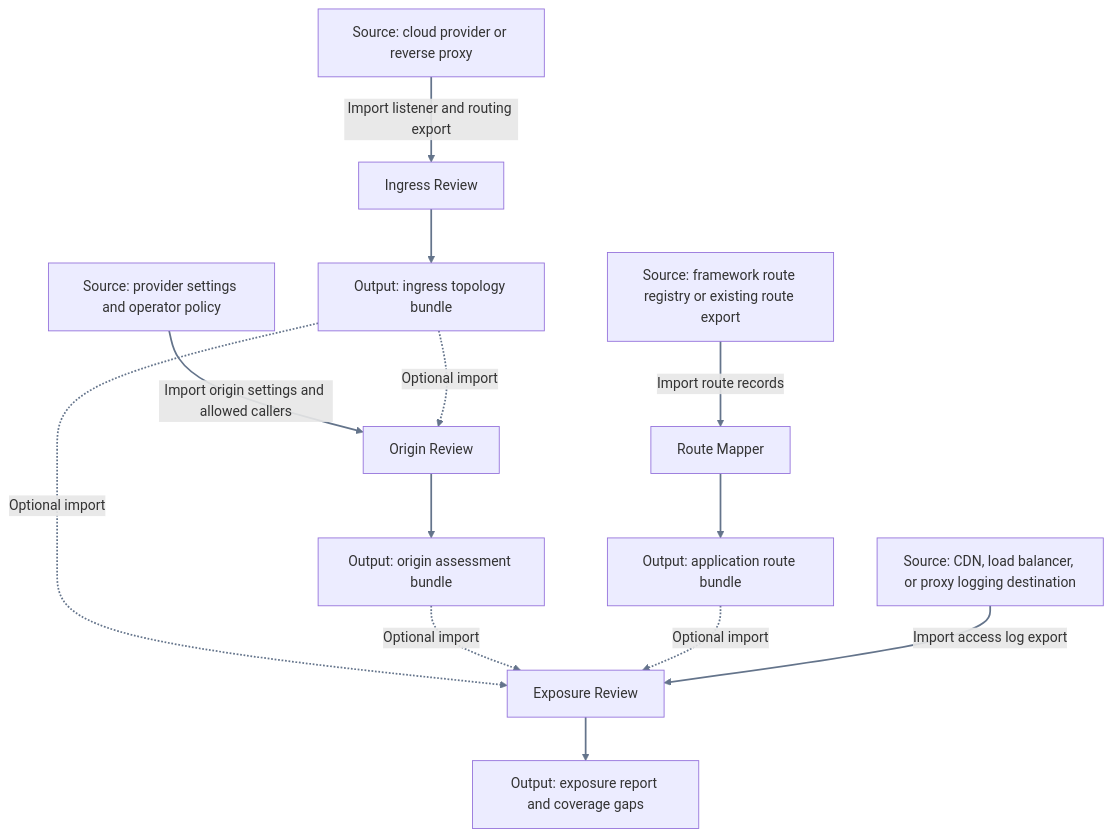
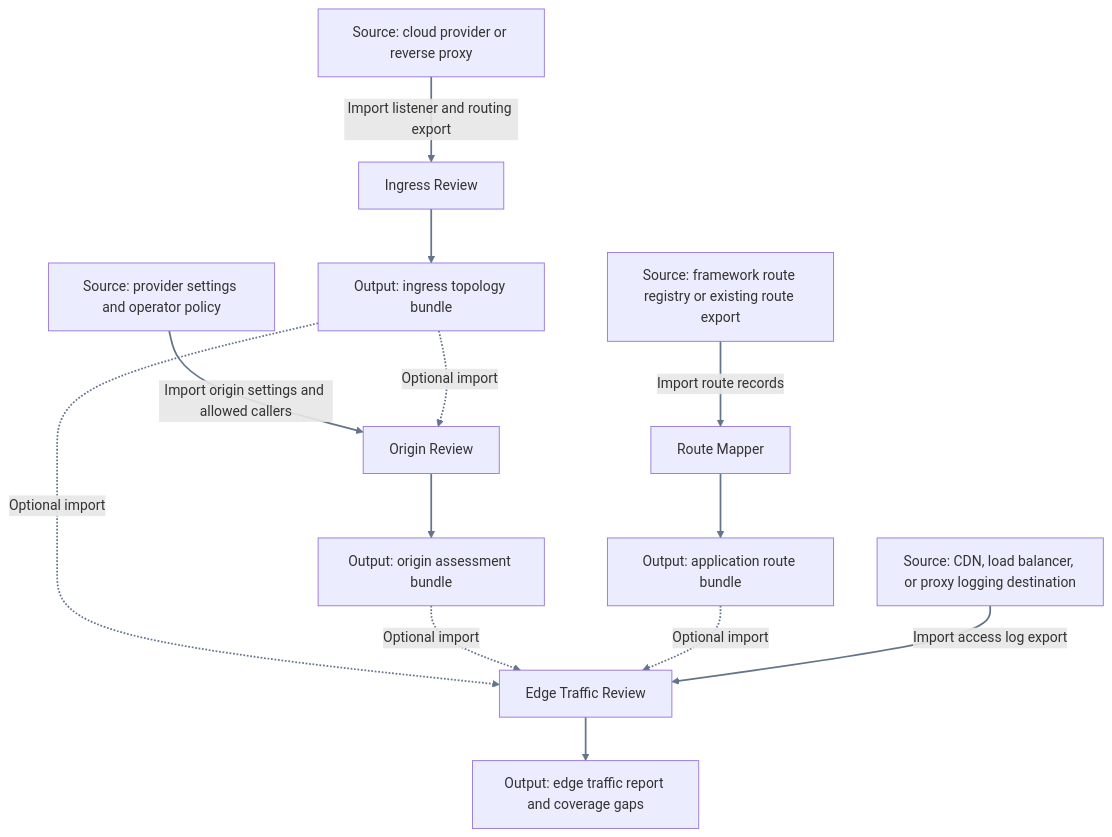
Before and after one commit to phil-markarian/pensys: the diagram in research/_references/diagrams/06-tool-boundaries-and-evidence/01-overview.mmd, drawn with Mermaid. The commit also changed 29 other files, not shown here.

```diff
--- a/research/_references/diagrams/06-tool-boundaries-and-evidence/01-overview.mmd
+++ b/research/_references/diagrams/06-tool-boundaries-and-evidence/01-overview.mmd
@@ -1,14 +1,14 @@
 flowchart TB
     config["Source: cloud provider or reverse proxy"] -->|Import listener and routing export| ingress["Ingress Review"]
     settings["Source: provider settings and operator policy"] -->|Import origin settings and allowed callers| origin["Origin Review"]
     app["Source: framework route registry or existing route export"] -->|Import route records| routes["Route Mapper"]
     ingress --> topology["Output: ingress topology bundle"]
     origin --> controls["Output: origin assessment bundle"]
     routes --> inventory["Output: application route bundle"]
     topology -. Optional import .-> origin
-    topology -. Optional import .-> exposure["Exposure Review"]
+    topology -. Optional import .-> exposure["Edge Traffic Review"]
     controls -. Optional import .-> exposure
     inventory -. Optional import .-> exposure
     edge["Source: CDN, load balancer, or proxy logging destination"] -->|Import access log export| exposure
-    exposure --> report["Output: exposure report and coverage gaps"]
+    exposure --> report["Output: edge traffic report and coverage gaps"]
     linkStyle default stroke:#64748b,stroke-width:2px
```
